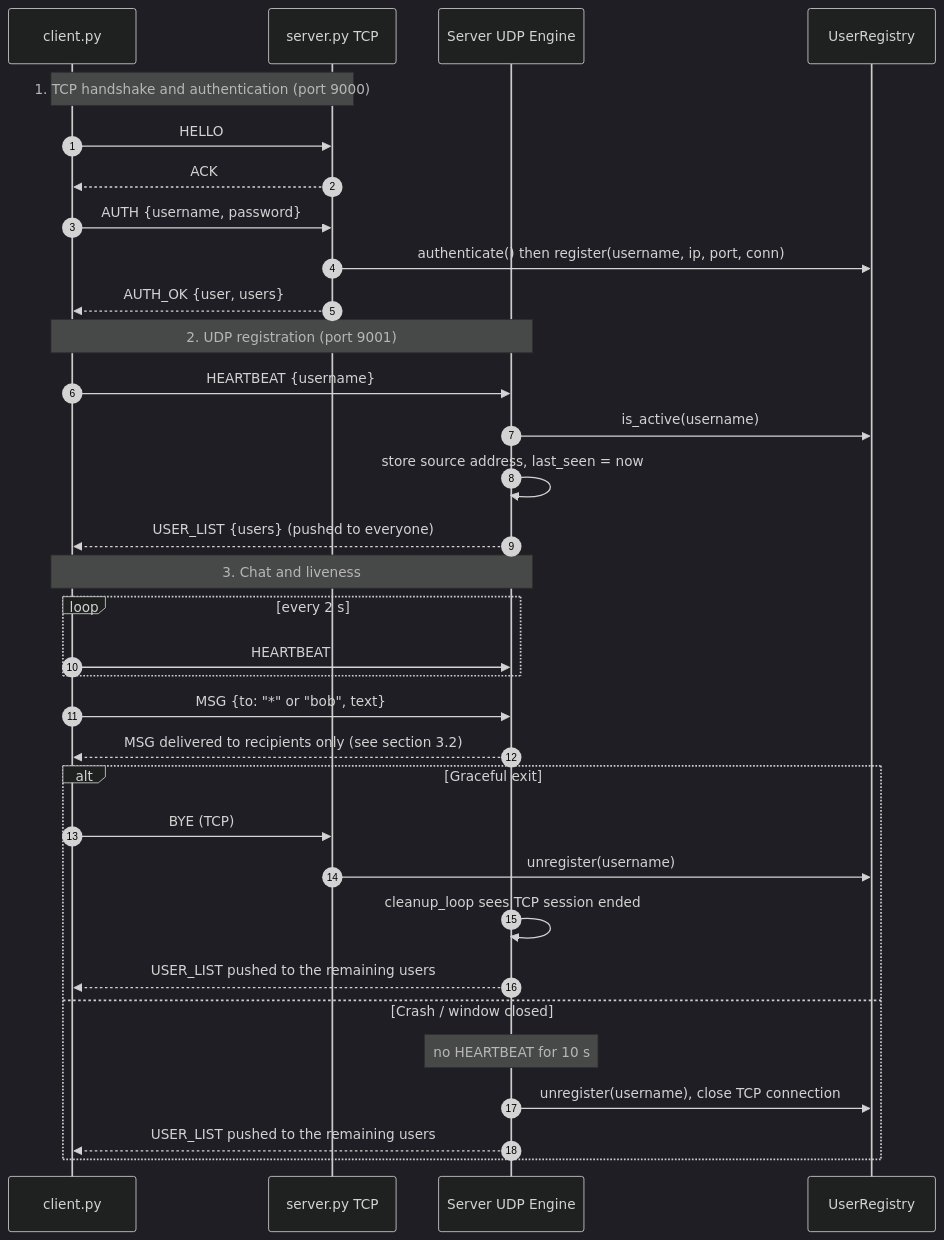
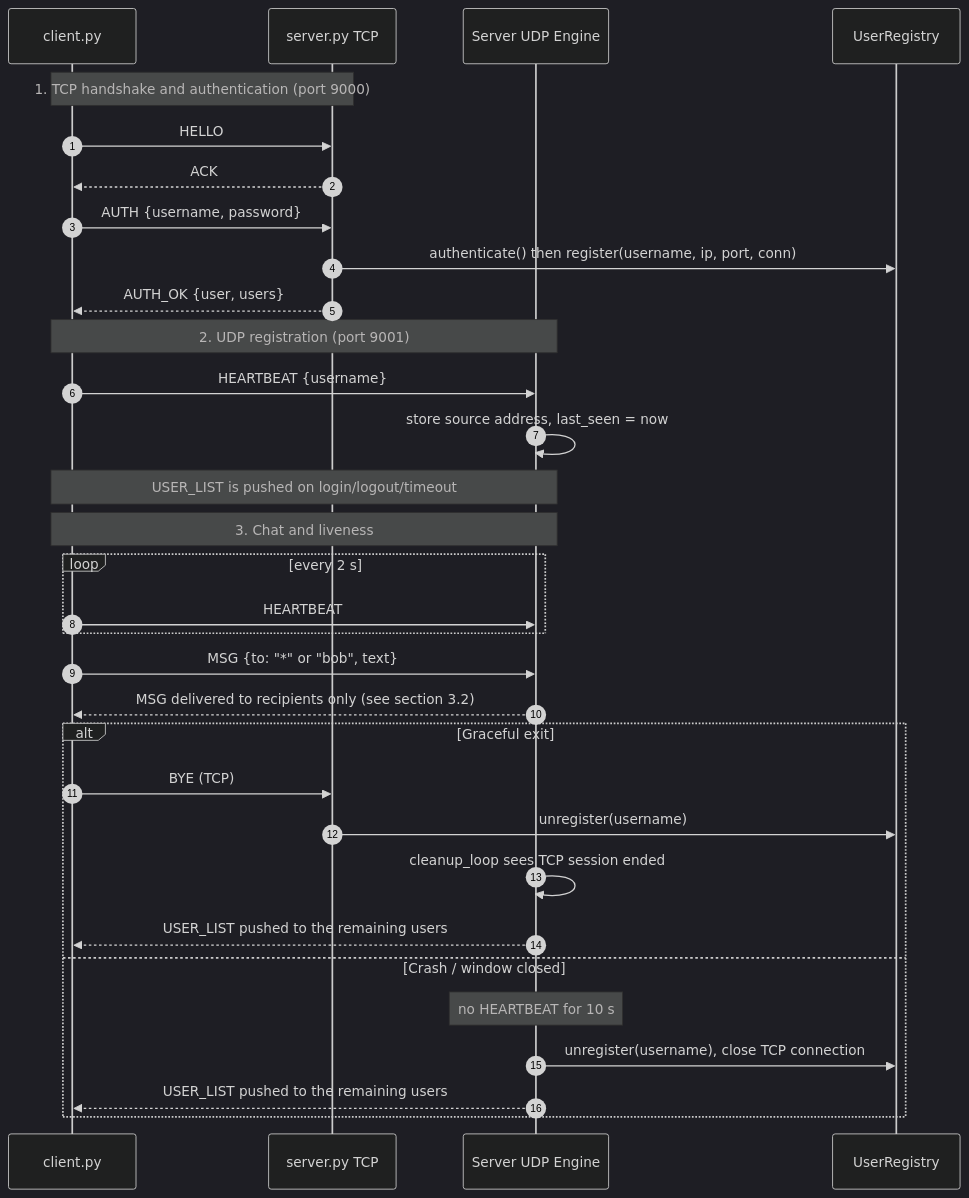
One commit to Smokiestfox/networking-app-assignment changed the fourth of 5 diagrams in docs/architecture.md. Above: the diagram before and after it, drawn with Mermaid (dark theme). The commit also changed other lines of this file and 8 other files, not shown here.

````diff
--- a/docs/architecture.md
+++ b/docs/architecture.md
@@ -150,39 +164,38 @@
 ```mermaid
 sequenceDiagram
     autonumber
     participant C as client.py
     participant S as server.py TCP 
     participant U as Server UDP Engine 
     participant R as UserRegistry 
 
     Note over C,S: 1. TCP handshake and authentication (port 9000)
     C->>S: HELLO
     S-->>C: ACK
     C->>S: AUTH {username, password}
     S->>R: authenticate() then register(username, ip, port, conn)
     S-->>C: AUTH_OK {user, users}
 
     Note over C,U: 2. UDP registration (port 9001)
     C->>U: HEARTBEAT {username}
-    U->>R: is_active(username)
     U->>U: store source address, last_seen = now
-    U-->>C: USER_LIST {users} (pushed to everyone)
+    Note over C,U: USER_LIST is pushed on login/logout/timeout
 
     Note over C,U: 3. Chat and liveness
     loop every 2 s
         C->>U: HEARTBEAT
     end
     C->>U: MSG {to: "*" or "bob", text}
     U-->>C: MSG delivered to recipients only (see section 3.2)
 
     alt Graceful exit
         C->>S: BYE (TCP)
         S->>R: unregister(username)
         U->>U: cleanup_loop sees TCP session ended
         U-->>C: USER_LIST pushed to the remaining users
     else Crash / window closed
         Note over U: no HEARTBEAT for 10 s
         U->>R: unregister(username), close TCP connection
         U-->>C: USER_LIST pushed to the remaining users
     end
 ```
````
